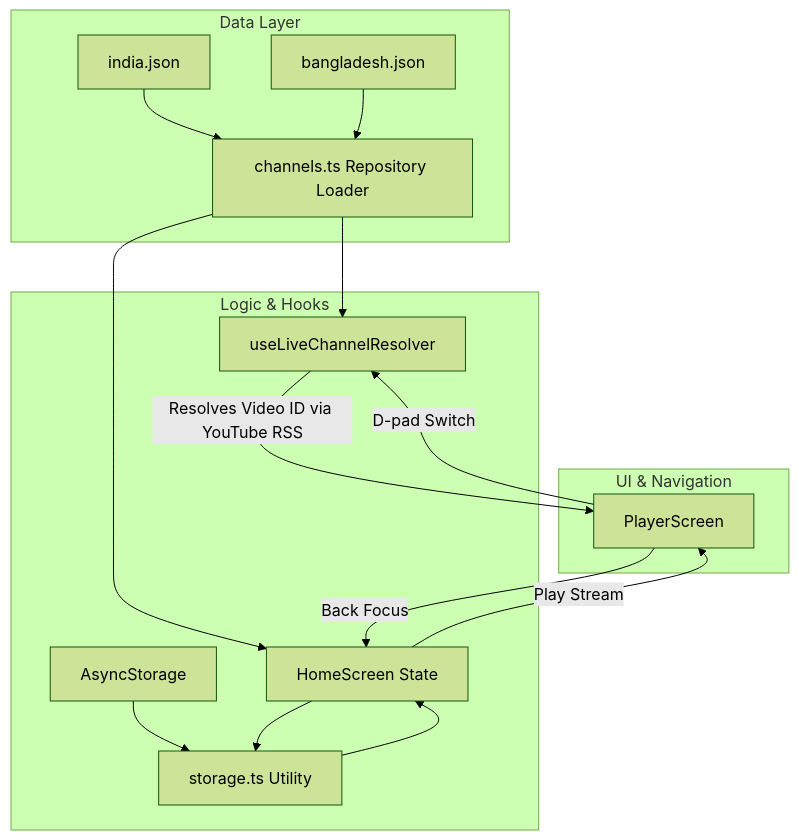
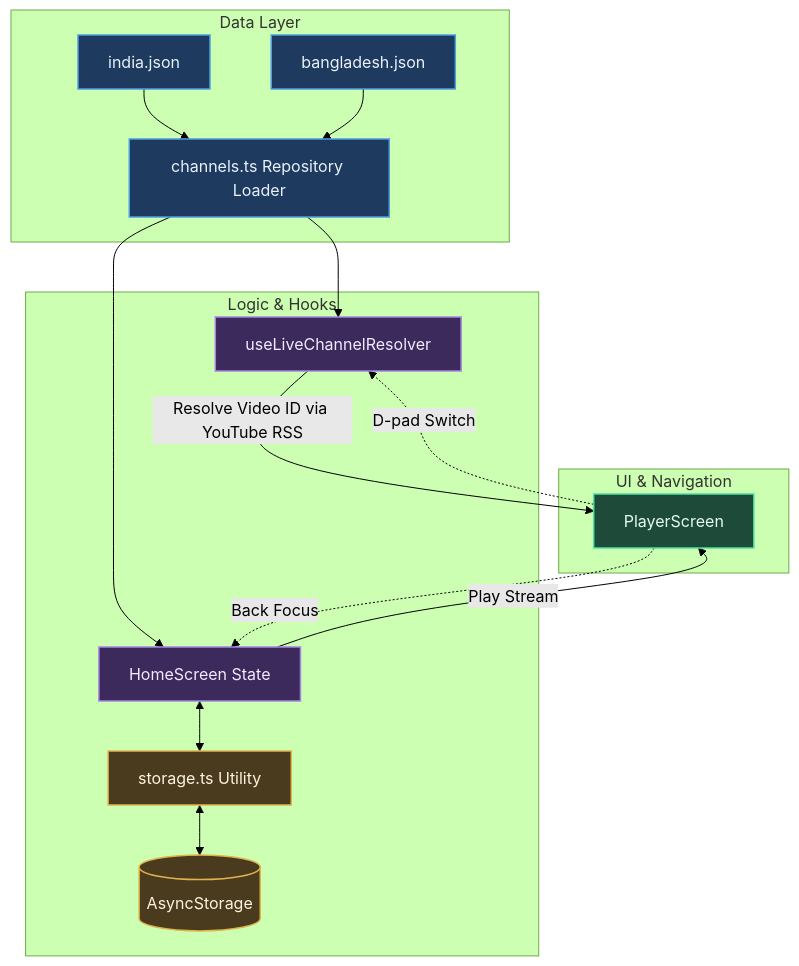
Before and after one commit to Biraj2004/TV-NewsHub: the diagram in README.md, drawn with Mermaid (forest theme).

Commit message:
updated diagram in readme

````diff
--- a/README.md
+++ b/README.md
@@ -53,22 +53,33 @@
 ```mermaid
 graph TD
-    subgraph Data Layer
+    subgraph "Data Layer"
         A[india.json] --> C[channels.ts Repository Loader]
         B[bangladesh.json] --> C
     end
 
-    subgraph Logic & Hooks
+    subgraph "Logic & Hooks"
         C --> D[useLiveChannelResolver]
         C --> G[HomeScreen State]
-        E[AsyncStorage] --> F[storage.ts Utility]
-        F --> G
-        G --> F
+        G <--> F[storage.ts Utility]
+        F <--> E[(AsyncStorage)]
     end
 
-    subgraph UI & Navigation
-        G -->|Play Stream| H[PlayerScreen]
-        D -->|Resolves Video ID via YouTube RSS| H
-        H -->|D-pad Switch| D
-        H -->|Back Focus| G
+    subgraph "UI & Navigation"
+        H[PlayerScreen]
     end
+
+    G -->|Play Stream| H
+    D -->|Resolve Video ID via YouTube RSS| H
+    H -.->|D-pad Switch| D
+    H -.->|Back Focus| G
+
+    classDef dataLayer fill:#1e3a5f,stroke:#4d9de0,stroke-width:1.5px,color:#e8f1fb
+    classDef logicLayer fill:#3d2a5c,stroke:#a685e2,stroke-width:1.5px,color:#f1eaff
+    classDef storageLayer fill:#4a3a1e,stroke:#e0b34d,stroke-width:1.5px,color:#fdf3de
+    classDef uiLayer fill:#1e4a3a,stroke:#4de0a3,stroke-width:1.5px,color:#e3fdf3
+
+    class A,B,C dataLayer
+    class D,G logicLayer
+    class E,F storageLayer
+    class H uiLayer
 ```
````
